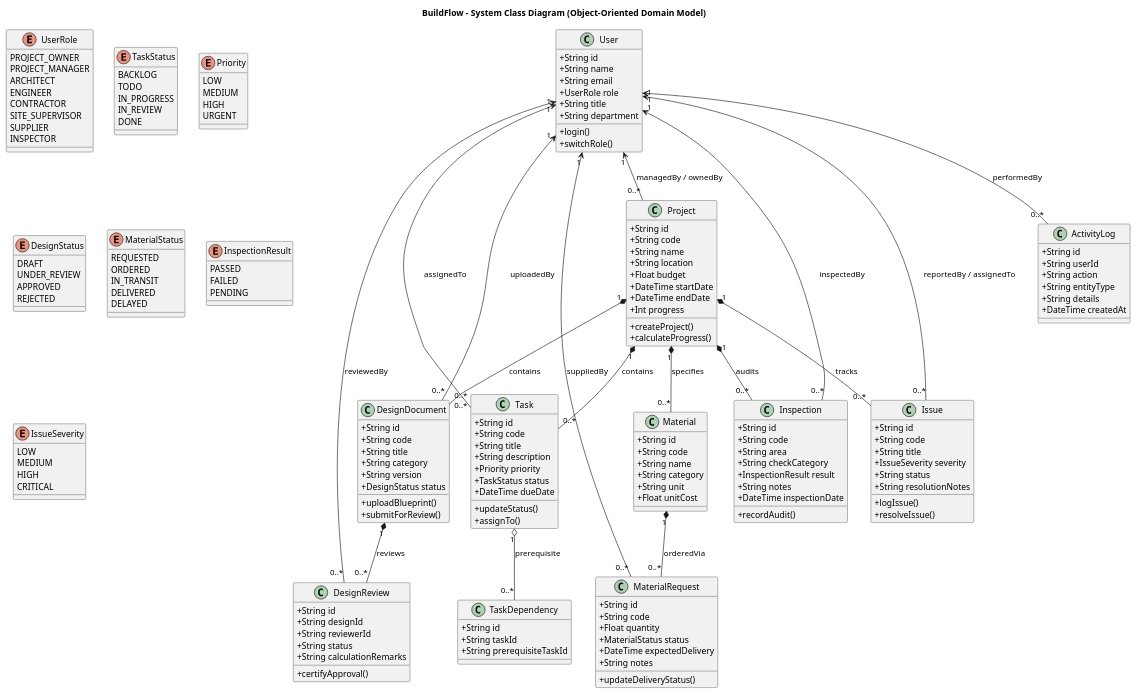
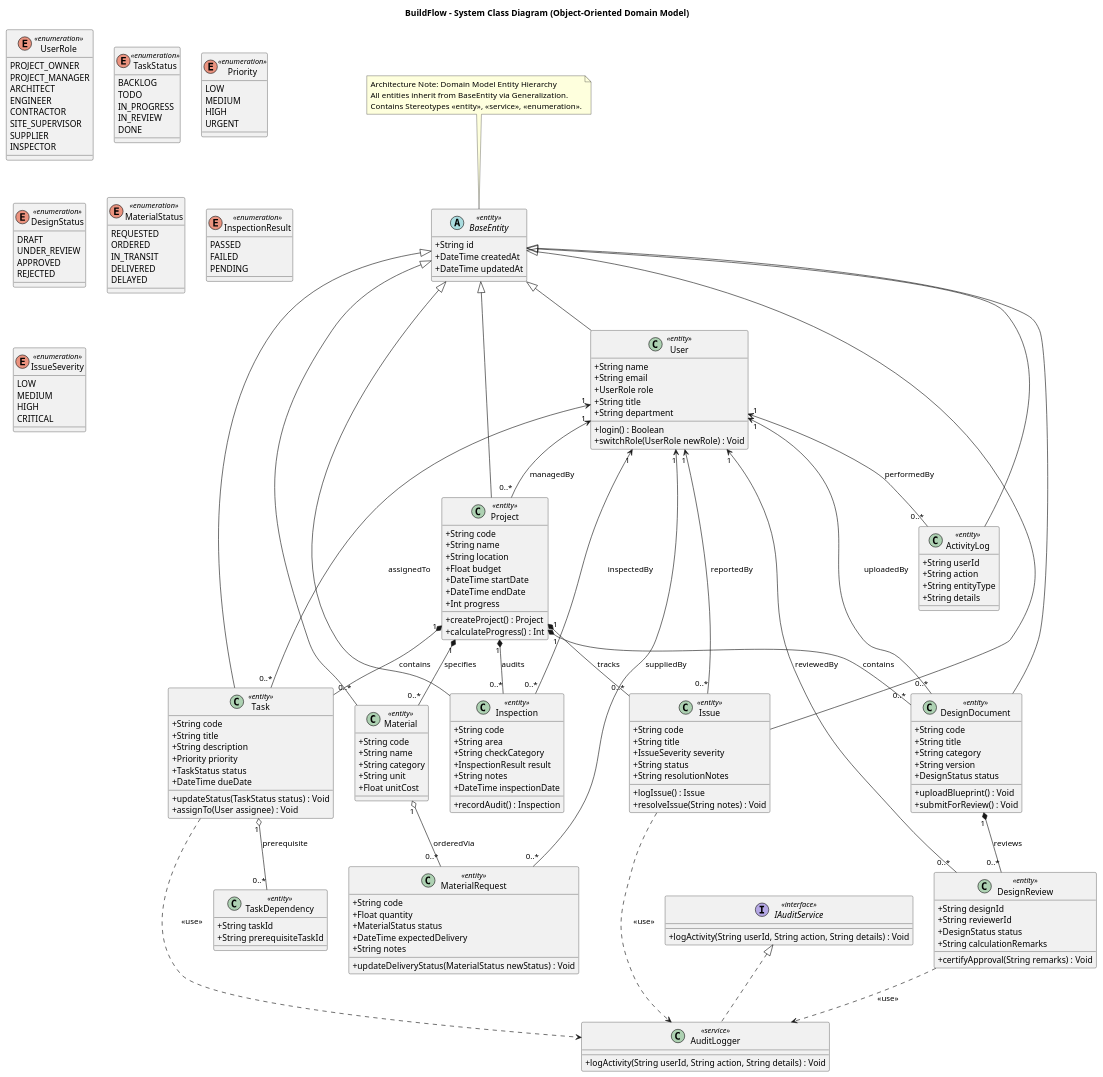
Before and after one commit to Shaunakrane914/BuildFlow: the diagram in docs/uml/class_diagram.puml, drawn with PlantUML. The commit also changed 7 other files, not shown here.

Commit message:
feat(uml): implement full 100% SEPM UML compliance across all 9 diagrams (swimlanes, stereotypes, generalization trees, realization contracts, include/extend, alt/else fragments)

```diff
--- a/docs/uml/class_diagram.puml
+++ b/docs/uml/class_diagram.puml
@@ -3,9 +3,20 @@
 skinparam classAttributeIconSize 0
 skinparam monochrome false
 skinparam shadowing false
-skinparam defaultFontName Arial
 
-enum UserRole {
+abstract class BaseEntity <<entity>> {
+  +String id
+  +DateTime createdAt
+  +DateTime updatedAt
+}
+
+note top of BaseEntity
+  Architecture Note: Domain Model Entity Hierarchy
+  All entities inherit from BaseEntity via Generalization.
+  Contains Stereotypes <<entity>>, <<service>>, <<enumeration>>.
+end note
+
+enum UserRole <<enumeration>> {
   PROJECT_OWNER
   PROJECT_MANAGER
   ARCHITECT
@@ -16,7 +27,7 @@
   INSPECTOR
 }
 
-enum TaskStatus {
+enum TaskStatus <<enumeration>> {
   BACKLOG
   TODO
   IN_PROGRESS
@@ -24,21 +35,21 @@
   DONE
 }
 
-enum Priority {
+enum Priority <<enumeration>> {
   LOW
   MEDIUM
   HIGH
   URGENT
 }
 
-enum DesignStatus {
+enum DesignStatus <<enumeration>> {
   DRAFT
   UNDER_REVIEW
   APPROVED
   REJECTED
 }
 
-enum MaterialStatus {
+enum MaterialStatus <<enumeration>> {
   REQUESTED
   ORDERED
   IN_TRANSIT
@@ -46,32 +57,30 @@
   DELAYED
 }
 
-enum InspectionResult {
+enum InspectionResult <<enumeration>> {
   PASSED
   FAILED
   PENDING
 }
 
-enum IssueSeverity {
+enum IssueSeverity <<enumeration>> {
   LOW
   MEDIUM
   HIGH
   CRITICAL
 }
 
-class User {
-  +String id
+class User <<entity>> {
   +String name
   +String email
   +UserRole role
   +String title
   +String department
-  +login()
-  +switchRole()
+  +login() : Boolean
+  +switchRole(UserRole newRole) : Void
 }
 
-class Project {
-  +String id
+class Project <<entity>> {
   +String code
   +String name
   +String location
@@ -79,50 +88,45 @@
   +DateTime startDate
   +DateTime endDate
   +Int progress
-  +createProject()
-  +calculateProgress()
+  +createProject() : Project
+  +calculateProgress() : Int
 }
 
-class Task {
-  +String id
+class Task <<entity>> {
   +String code
   +String title
   +String description
   +Priority priority
   +TaskStatus status
   +DateTime dueDate
-  +updateStatus()
-  +assignTo()
+  +updateStatus(TaskStatus status) : Void
+  +assignTo(User assignee) : Void
 }
 
-class TaskDependency {
-  +String id
+class TaskDependency <<entity>> {
   +String taskId
   +String prerequisiteTaskId
 }
 
-class DesignDocument {
-  +String id
+class DesignDocument <<entity>> {
   +String code
   +String title
   +String category
   +String version
   +DesignStatus status
-  +uploadBlueprint()
-  +submitForReview()
+  +uploadBlueprint() : Void
+  +submitForReview() : Void
 }
 
-class DesignReview {
-  +String id
+class DesignReview <<entity>> {
   +String designId
   +String reviewerId
-  +String status
+  +DesignStatus status
   +String calculationRemarks
-  +certifyApproval()
+  +certifyApproval(String remarks) : Void
 }
 
-class Material {
-  +String id
+class Material <<entity>> {
   +String code
   +String name
   +String category
@@ -130,67 +134,82 @@
   +Float unitCost
 }
 
-class MaterialRequest {
-  +String id
+class MaterialRequest <<entity>> {
   +String code
   +Float quantity
   +MaterialStatus status
   +DateTime expectedDelivery
   +String notes
-  +updateDeliveryStatus()
+  +updateDeliveryStatus(MaterialStatus newStatus) : Void
 }
 
-class Inspection {
-  +String id
+class Inspection <<entity>> {
   +String code
   +String area
   +String checkCategory
   +InspectionResult result
   +String notes
   +DateTime inspectionDate
-  +recordAudit()
+  +recordAudit() : Inspection
 }
 
-class Issue {
-  +String id
+class Issue <<entity>> {
   +String code
   +String title
   +IssueSeverity severity
   +String status
   +String resolutionNotes
-  +logIssue()
-  +resolveIssue()
+  +logIssue() : Issue
+  +resolveIssue(String notes) : Void
 }
 
-class ActivityLog {
-  +String id
+class ActivityLog <<entity>> {
   +String userId
   +String action
   +String entityType
   +String details
-  +DateTime createdAt
 }
 
-' Relationships
-User "1" <-- "0..*" Project : managedBy / ownedBy
+interface IAuditService <<interface>> {
+  +logActivity(String userId, String action, String details) : Void
+}
+
+class AuditLogger <<service>> {
+  +logActivity(String userId, String action, String details) : Void
+}
+
+BaseEntity <|-- User
+BaseEntity <|-- Project
+BaseEntity <|-- Task
+BaseEntity <|-- DesignDocument
+BaseEntity <|-- Material
+BaseEntity <|-- Inspection
+BaseEntity <|-- Issue
+BaseEntity <|-- ActivityLog
+
+IAuditService <|.. AuditLogger
+
 Project "1" *-- "0..*" Task : contains
 Project "1" *-- "0..*" DesignDocument : contains
 Project "1" *-- "0..*" Material : specifies
 Project "1" *-- "0..*" Inspection : audits
 Project "1" *-- "0..*" Issue : tracks
+DesignDocument "1" *-- "0..*" DesignReview : reviews
 
 Task "1" o-- "0..*" TaskDependency : prerequisite
+Material "1" o-- "0..*" MaterialRequest : orderedVia
+
+User "1" <-- "0..*" Project : managedBy
 User "1" <-- "0..*" Task : assignedTo
-
-DesignDocument "1" *-- "0..*" DesignReview : reviews
 User "1" <-- "0..*" DesignReview : reviewedBy
 User "1" <-- "0..*" DesignDocument : uploadedBy
-
-Material "1" *-- "0..*" MaterialRequest : orderedVia
 User "1" <-- "0..*" MaterialRequest : suppliedBy
-
 User "1" <-- "0..*" Inspection : inspectedBy
-User "1" <-- "0..*" Issue : reportedBy / assignedTo
+User "1" <-- "0..*" Issue : reportedBy
 User "1" <-- "0..*" ActivityLog : performedBy
 
+Task ..> AuditLogger : <<use>>
+DesignReview ..> AuditLogger : <<use>>
+Issue ..> AuditLogger : <<use>>
+
 @enduml
```
